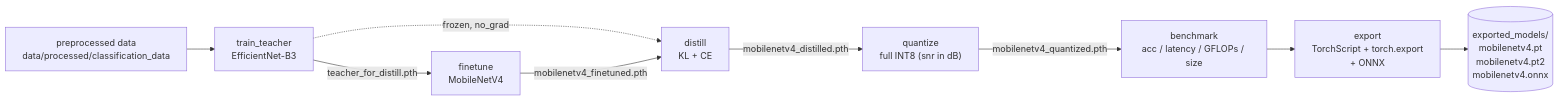
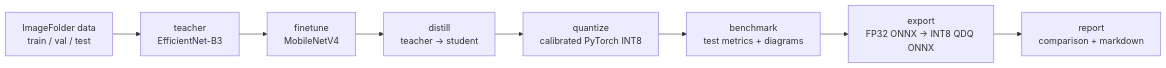
The diagram in classification/PIPELINE.md (Phicks-debug/M8F_IntelligentEmbeddedSystem_Project), drawn with Mermaid before and after one commit. The commit also changed other lines of this file and 8 other files, not shown here.

First line of the commit message:
Enhance ONNX export and validation process

````diff
--- a/classification/PIPELINE.md
+++ b/classification/PIPELINE.md
@@ -5,19 +7,13 @@
 ```mermaid
 flowchart LR
-    data["preprocessed data<br/>data/processed/classification_data"]
-    teacher["train_teacher<br/>EfficientNet-B3"]
-    ft["finetune<br/>MobileNetV4"]
-    distill["distill<br/>KL + CE"]
-    quant["quantize<br/>full INT8 (snr in dB)"]
-    bench["benchmark<br/>acc / latency / GFLOPs / size"]
-    exp["export<br/>TorchScript + torch.export<br/>+ ONNX"]
+    data["ImageFolder data<br/>train / val / test"]
+    teacher["teacher<br/>EfficientNet-B3"]
+    student["finetune<br/>MobileNetV4"]
+    distill["distill<br/>teacher -> student"]
+    quant["quantize<br/>calibrated PyTorch INT8"]
+    bench["benchmark<br/>test metrics + diagrams"]
+    export["export<br/>FP32 ONNX -> INT8 QDQ ONNX"]
+    report["report<br/>comparison + markdown"]
 
-    data --> teacher
-    teacher -->|teacher_for_distill.pth| ft
-    teacher -.->|frozen, no_grad| distill
-    ft -->|mobilenetv4_finetuned.pth| distill
-    distill -->|mobilenetv4_distilled.pth| quant
-    quant -->|mobilenetv4_quantized.pth| bench
-    bench --> exp
-    exp --> artifacts[("exported_models/<br/>mobilenetv4.pt<br/>mobilenetv4.pt2<br/>mobilenetv4.onnx")]
+    data --> teacher --> student --> distill --> quant --> bench --> export --> report
 ```
````
